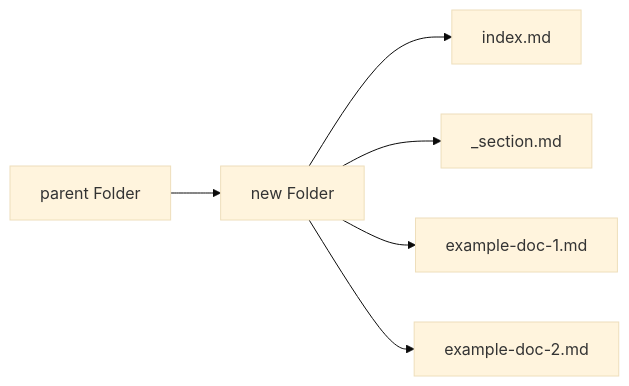
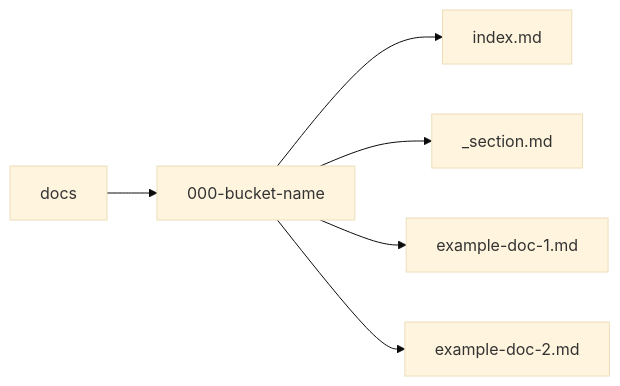
The diagram in markdown/docs/community/010-contribution-guidelines/create-new-docs-directories.md (asyncapi/website), drawn with Mermaid (base theme) before and after one commit. The commit also changed other lines of this file and 71 other files, not shown here.

````diff
--- a/markdown/docs/community/010-contribution-guidelines/create-new-docs-directories.md
+++ b/markdown/docs/community/010-contribution-guidelines/create-new-docs-directories.md
@@ -17,8 +22,8 @@
 ```mermaid
 flowchart LR
-    A[parent Folder] --> B[new Folder] 
-    B[new Folder] --> C[index.md]
-    B[new Folder] --> D[_section.md]
-    B[new Folder] --> E[example-doc-1.md]
-    B[new Folder] --> F[example-doc-2.md]
+    A[docs] --> B["000-bucket-name"] 
+    B["000-bucket-name"] --> C[index.md]
+    B["000-bucket-name"] --> D[_section.md]
+    B["000-bucket-name"] --> E[example-doc-1.md]
+    B["000-bucket-name"] --> F[example-doc-2.md]
 ```
````
